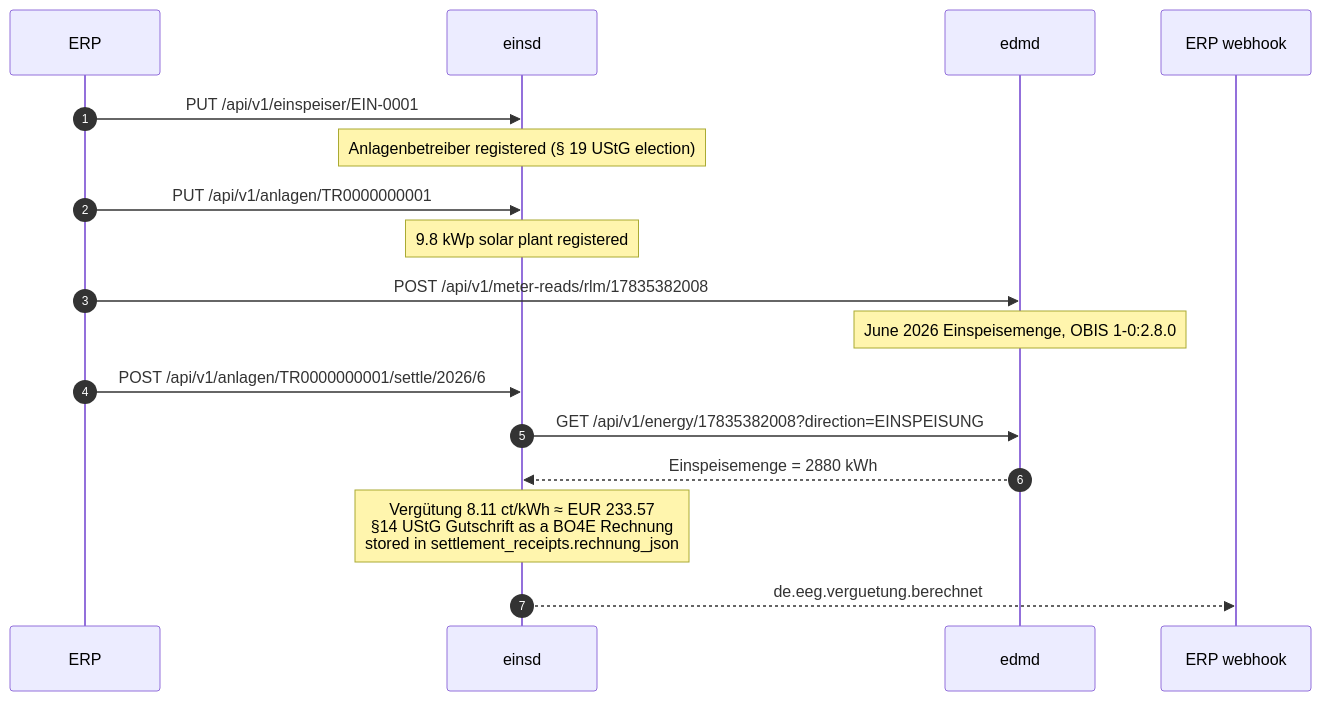
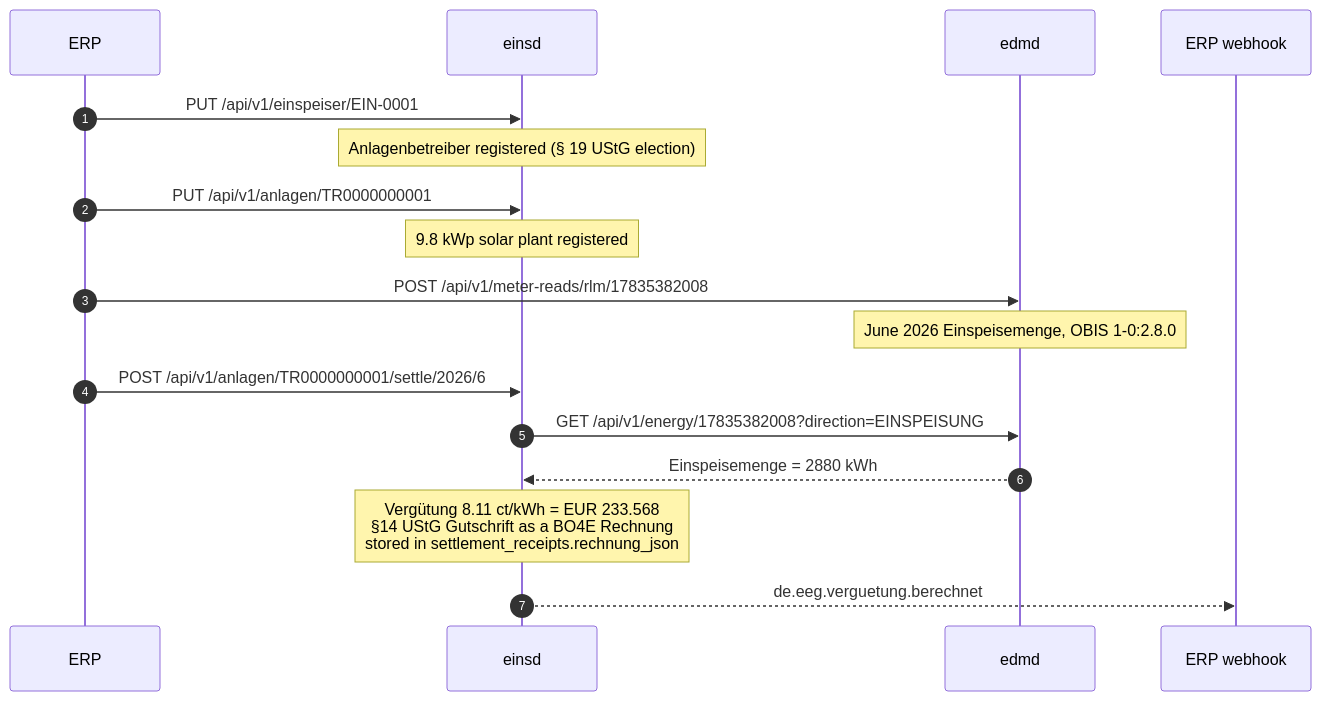
Before and after one commit to hupe1980/mako: the diagram in demos/eeg-billing/README.md, drawn with Mermaid. The commit also changed other lines of this file and 360 other files, not shown here.

````diff
--- a/demos/eeg-billing/README.md
+++ b/demos/eeg-billing/README.md
@@ -17,20 +17,20 @@
 ```mermaid
 sequenceDiagram
     autonumber
     participant ERP
     participant einsd
     participant edmd
     participant hook as ERP webhook
 
     ERP->>einsd: PUT /api/v1/einspeiser/EIN-0001
     Note over einsd: Anlagenbetreiber registered (§ 19 UStG election)
     ERP->>einsd: PUT /api/v1/anlagen/TR0000000001
     Note over einsd: 9.8 kWp solar plant registered
     ERP->>edmd: POST /api/v1/meter-reads/rlm/17835382008
     Note over edmd: June 2026 Einspeisemenge, OBIS 1-0:2.8.0
     ERP->>einsd: POST /api/v1/anlagen/TR0000000001/settle/2026/6
     einsd->>edmd: GET /api/v1/energy/17835382008?direction=EINSPEISUNG
     edmd-->>einsd: Einspeisemenge = 2880 kWh
-    Note over einsd: Vergütung 8.11 ct/kWh ≈ EUR 233.57<br/>§14 UStG Gutschrift as a BO4E Rechnung<br/>stored in settlement_receipts.rechnung_json
+    Note over einsd: Vergütung 8.11 ct/kWh = EUR 233.568<br/>§14 UStG Gutschrift as a BO4E Rechnung<br/>stored in settlement_receipts.rechnung_json
     einsd-->>hook: de.eeg.verguetung.berechnet
 ```
````
